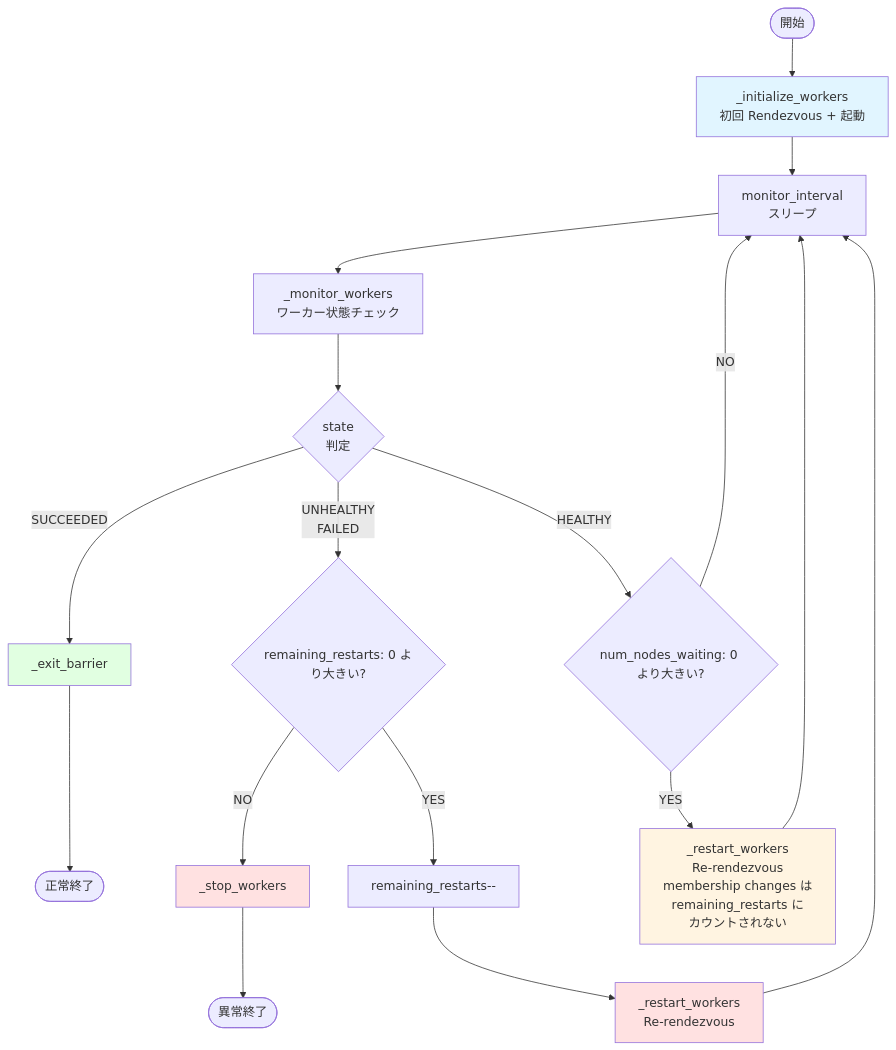
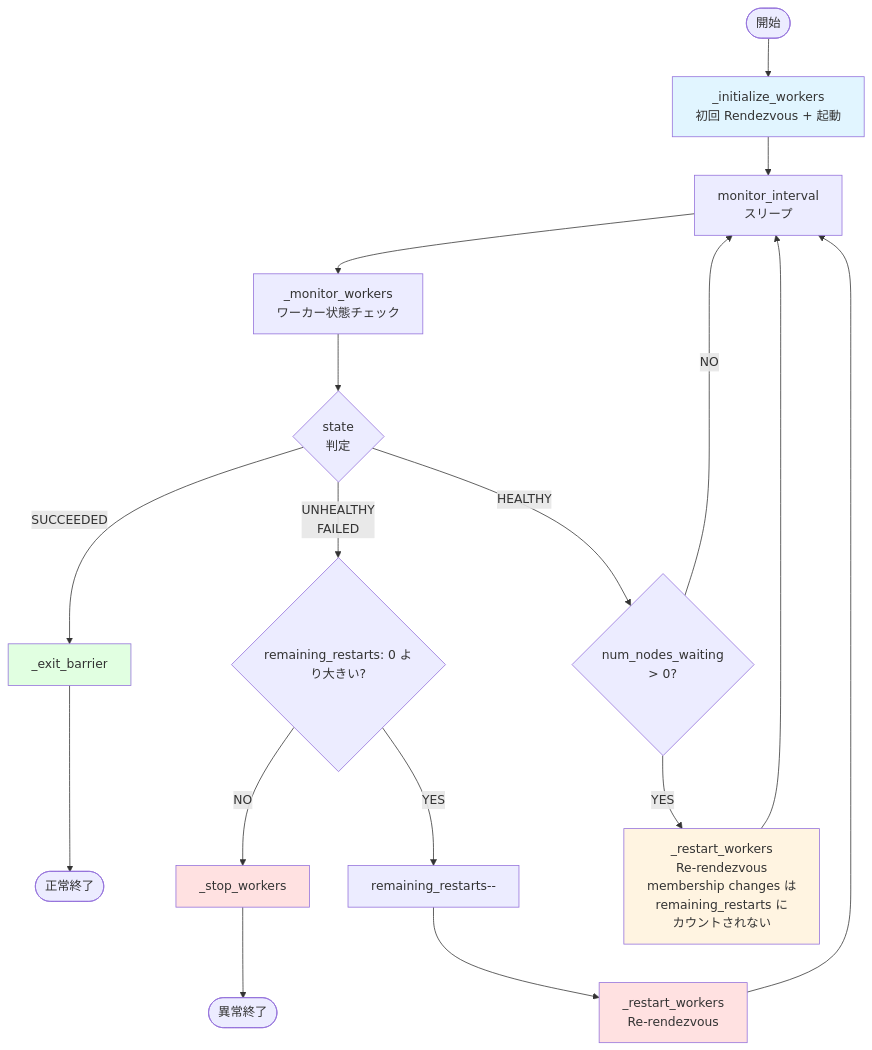
One commit to littlemex/zenn changed the third of 3 diagrams in articles/be0db364a7f8e2.md. Above: the diagram before and after it, drawn with Mermaid. The commit also changed other lines of this file, not shown here.

````diff
--- a/articles/be0db364a7f8e2.md
+++ b/articles/be0db364a7f8e2.md
@@ -241,28 +240,28 @@
 ```mermaid
 flowchart TD
     Start([開始]) --> Init[_initialize_workers<br/>初回 Rendezvous + 起動]
     Init --> Sleep[monitor_interval<br/>スリープ]
     Sleep --> Monitor[_monitor_workers<br/>ワーカー状態チェック]
     Monitor --> CheckState{state<br/>判定}
 
     CheckState -->|SUCCEEDED| Exit[_exit_barrier]
     Exit --> ReturnSuccess([正常終了])
 
     CheckState -->|UNHEALTHY<br/>FAILED| CheckRestarts{remaining_restarts: 0 より大きい?}
     CheckRestarts -->|YES| DecRestarts[remaining_restarts--]
     DecRestarts --> RestartFail[_restart_workers<br/>Re-rendezvous]
     RestartFail --> Sleep
     CheckRestarts -->|NO| Stop[_stop_workers]
     Stop --> ReturnFail([異常終了])
 
-    CheckState -->|HEALTHY| CheckWaiting{num_nodes_waiting: 0 より大きい?}
+    CheckState -->|HEALTHY| CheckWaiting{num_nodes_waiting<br/>> 0?}
     CheckWaiting -->|YES| RestartScale[_restart_workers<br/>Re-rendezvous<br/>membership changes は<br/>remaining_restarts に<br/>カウントされない]
     RestartScale --> Sleep
     CheckWaiting -->|NO| Sleep
 
-    style Init fill:#e1f5ff
-    style RestartFail fill:#ffe1e1
-    style RestartScale fill:#fff4e1
-    style Exit fill:#e1ffe1
-    style Stop fill:#ffe1e1
+    style Init fill: #e1f5ff
+    style RestartFail fill: #ffe1e1
+    style RestartScale fill: #fff4e1
+    style Exit fill: #e1ffe1
+    style Stop fill: #ffe1e1
 ```
````
